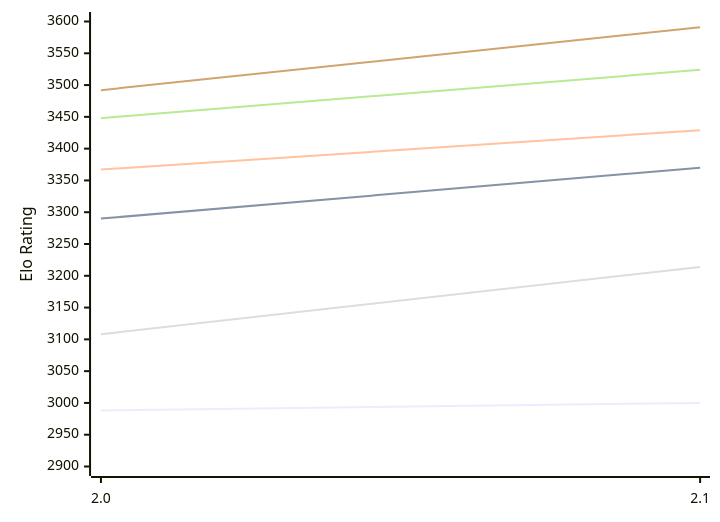
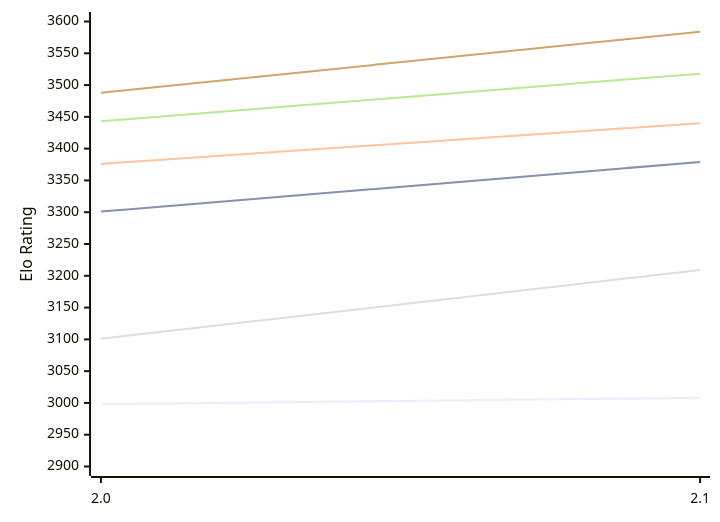
The first of 2 diagrams in engines/Onslaught.md (computer-chess-index/cci), drawn with Mermaid before and after one commit. The commit also changed other lines of this file, not shown here.

Commit message:
Update CCI Ratings (ELO VLTC) - 2026-11-06

````diff
--- a/engines/Onslaught.md
+++ b/engines/Onslaught.md
@@ -50,12 +50,12 @@
 ```mermaid
 %%{init: {"theme":"base","themeVariables":{"seriesColors:['#a3a3a3','#222221','#faa371']}}}%%
 xychart-beta
   x-axis ["2.0", "2.1"]
   y-axis "Elo Rating" 2900 --> 3600
-  line "E1: STC (8.0+0.08s)" [2988, 3000]
-  line "E1: LTC (60.0+0.60s)" [3290, 3370]
-  line "E1: VLTC (2m24s+1.12s)" [3367, 3429]
-  line "P1: STC (8.0+0.08s)" [3108, 3214]
-  line "P1: LTC (60.0+0.60s)" [3448, 3524]
-  line "P1: VLTC (2m24s+1.12s)" [3492, 3591]
+  line "E1: STC (8.0+0.08s)" [2998, 3008]
+  line "E1: LTC (60.0+0.60s)" [3301, 3379]
+  line "E1: VLTC (2m24s+1.12s)" [3376, 3440]
+  line "P1: STC (8.0+0.08s)" [3101, 3209]
+  line "P1: LTC (60.0+0.60s)" [3443, 3518]
+  line "P1: VLTC (2m24s+1.12s)" [3488, 3584]
 ```
````
